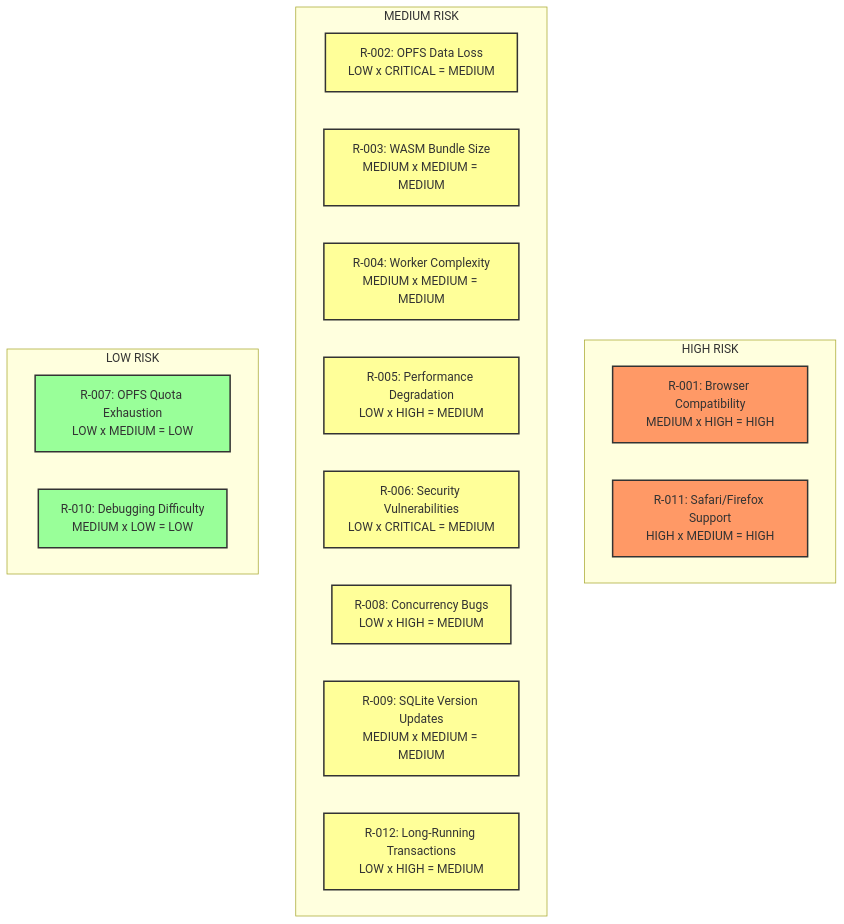
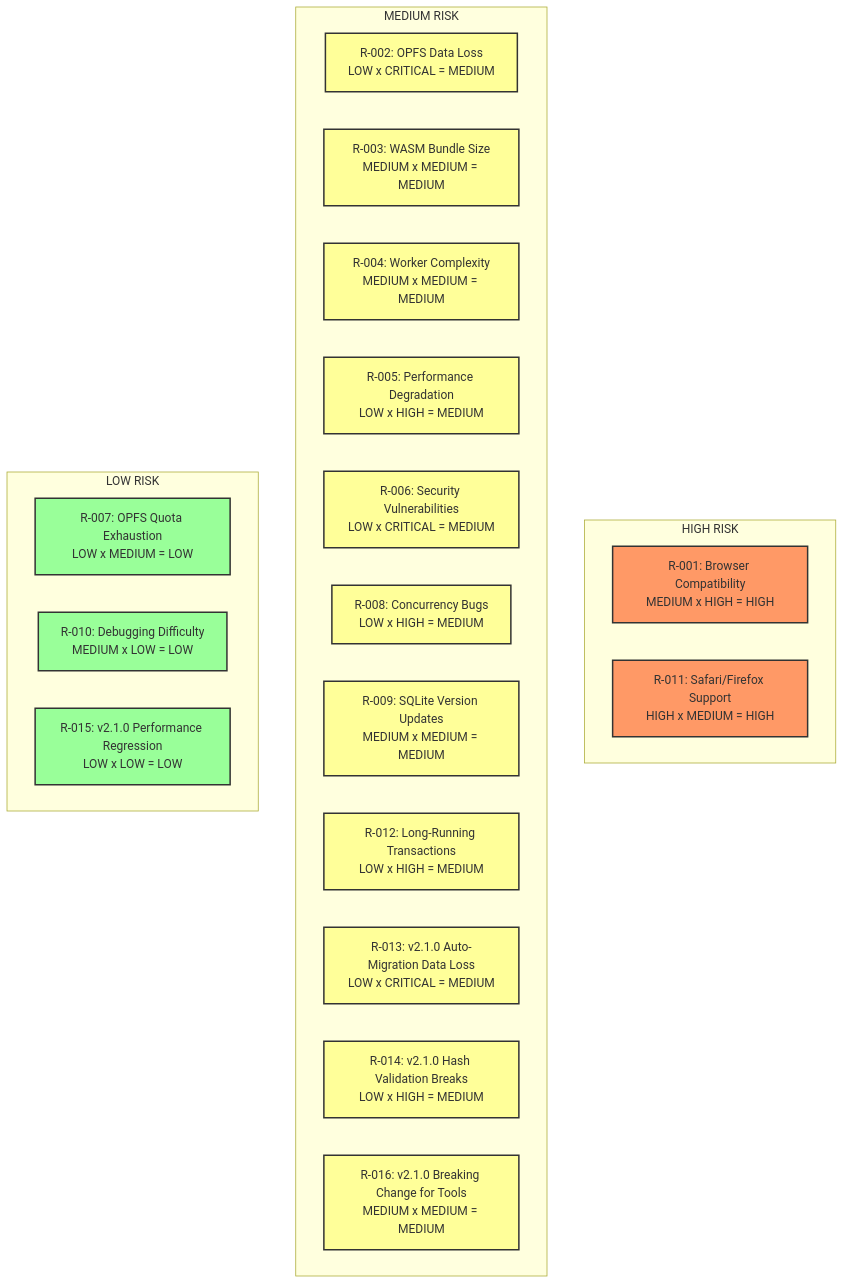
The diagram in agent-docs/02-feasibility/02-risk-assessment.md (wuchuheng/web-sqlite-js), drawn with Mermaid before and after one commit. The commit also changed other lines of this file and 19 other files, not shown here.

````diff
--- a/agent-docs/02-feasibility/02-risk-assessment.md
+++ b/agent-docs/02-feasibility/02-risk-assessment.md
@@ -716,36 +930,44 @@
 ```mermaid
 graph TB
     subgraph "HIGH RISK"
         R001[R-001: Browser Compatibility<br/>MEDIUM x HIGH = HIGH]
         R011[R-011: Safari/Firefox Support<br/>HIGH x MEDIUM = HIGH]
     end
 
     subgraph "MEDIUM RISK"
         R002[R-002: OPFS Data Loss<br/>LOW x CRITICAL = MEDIUM]
         R003[R-003: WASM Bundle Size<br/>MEDIUM x MEDIUM = MEDIUM]
         R004[R-004: Worker Complexity<br/>MEDIUM x MEDIUM = MEDIUM]
         R005[R-005: Performance Degradation<br/>LOW x HIGH = MEDIUM]
         R006[R-006: Security Vulnerabilities<br/>LOW x CRITICAL = MEDIUM]
         R008[R-008: Concurrency Bugs<br/>LOW x HIGH = MEDIUM]
         R009[R-009: SQLite Version Updates<br/>MEDIUM x MEDIUM = MEDIUM]
         R012[R-012: Long-Running Transactions<br/>LOW x HIGH = MEDIUM]
+        R013[R-013: v2.1.0 Auto-Migration Data Loss<br/>LOW x CRITICAL = MEDIUM]
+        R014[R-014: v2.1.0 Hash Validation Breaks<br/>LOW x HIGH = MEDIUM]
+        R016[R-016: v2.1.0 Breaking Change for Tools<br/>MEDIUM x MEDIUM = MEDIUM]
     end
 
     subgraph "LOW RISK"
         R007[R-007: OPFS Quota Exhaustion<br/>LOW x MEDIUM = LOW]
         R010[R-010: Debugging Difficulty<br/>MEDIUM x LOW = LOW]
+        R015[R-015: v2.1.0 Performance Regression<br/>LOW x LOW = LOW]
     end
 
     style R001 fill:#f96,stroke:#333,stroke-width:2px
     style R011 fill:#f96,stroke:#333,stroke-width:2px
     style R002 fill:#ff9,stroke:#333,stroke-width:2px
     style R003 fill:#ff9,stroke:#333,stroke-width:2px
     style R004 fill:#ff9,stroke:#333,stroke-width:2px
     style R005 fill:#ff9,stroke:#333,stroke-width:2px
     style R006 fill:#ff9,stroke:#333,stroke-width:2px
     style R008 fill:#ff9,stroke:#333,stroke-width:2px
     style R009 fill:#ff9,stroke:#333,stroke-width:2px
     style R012 fill:#ff9,stroke:#333,stroke-width:2px
+    style R013 fill:#ff9,stroke:#333,stroke-width:2px
+    style R014 fill:#ff9,stroke:#333,stroke-width:2px
+    style R016 fill:#ff9,stroke:#333,stroke-width:2px
     style R007 fill:#9f9,stroke:#333,stroke-width:2px
     style R010 fill:#9f9,stroke:#333,stroke-width:2px
+    style R015 fill:#9f9,stroke:#333,stroke-width:2px
 ```
````
